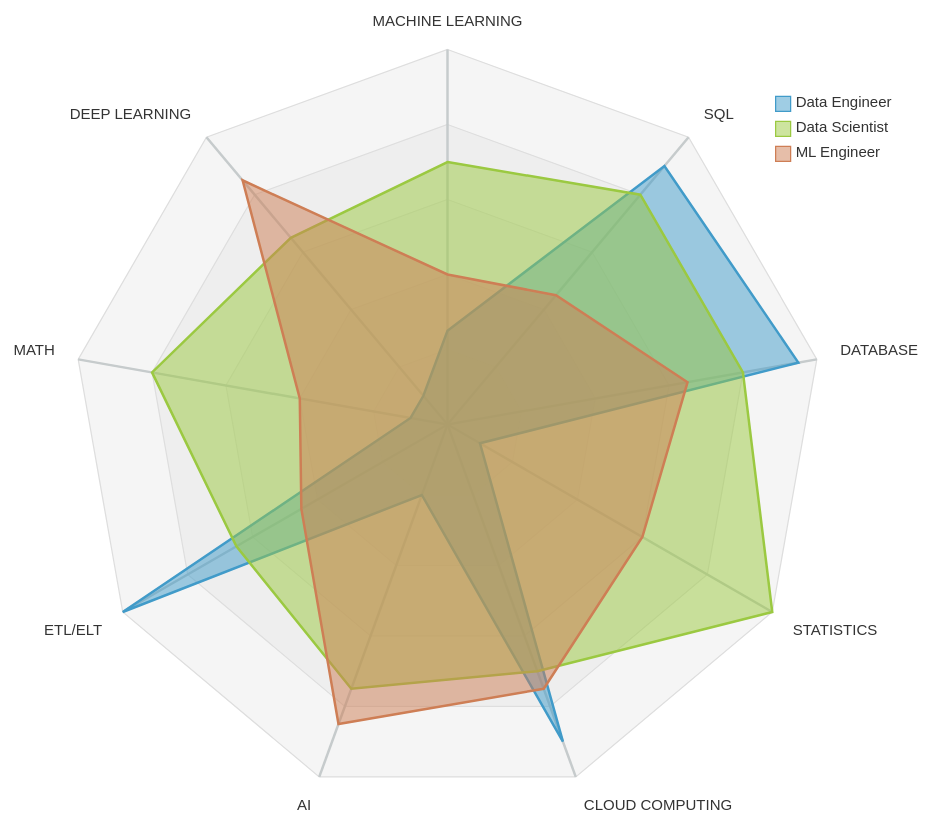
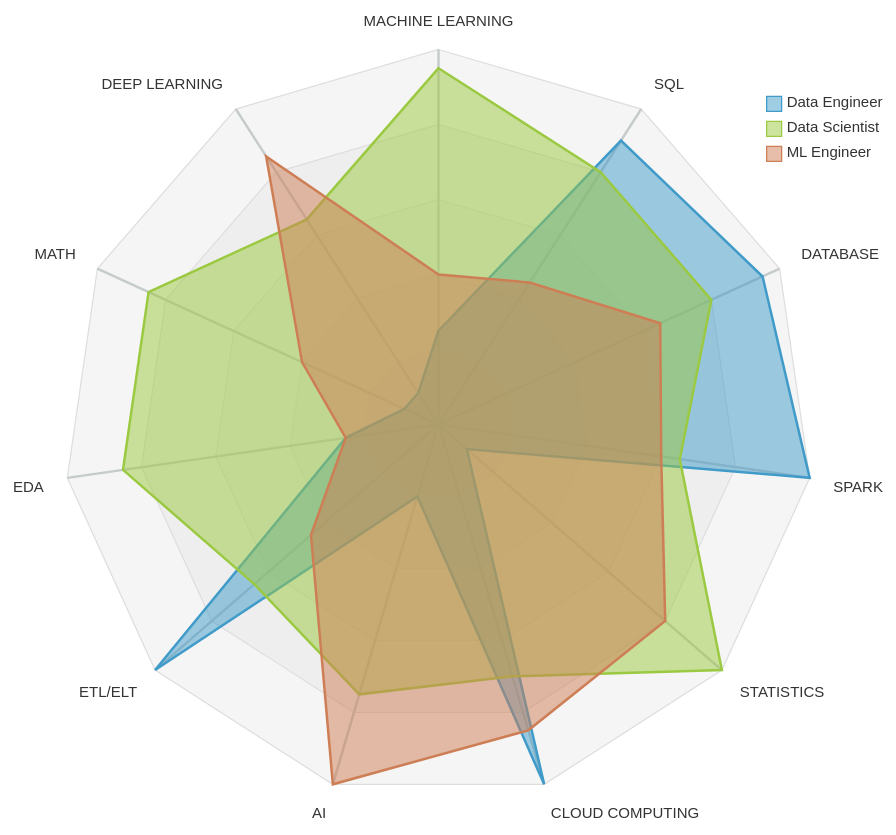
Before and after one commit to paranedagarcia/ciencia-de-datos: the third of 6 diagrams in docs/intro.md, drawn with Mermaid. The commit also changed other lines of this file and 17 other files, not shown here.

````diff
--- a/docs/intro.md
+++ b/docs/intro.md
@@ -102,25 +102,25 @@
 ```mermaid
 %%{init: {'theme': 'base', 
     'themeVariables':{
         'primaryColor': '#A4CFE5',
         'lineColor': '#C6CBCC'
         }
     }
 }%%
 ---
 title: "Tools & Knowlegdes"
 ---
 radar-beta
-  axis m["MACHINE LEARNING"], s["SQL"], e["DATABASE"]
+  axis m["MACHINE LEARNING"], s["SQL"], e["DATABASE"], s["SPARK"]
   axis t["STATISTICS"], c["CLOUD COMPUTING"], a["AI"]
-  axis etl["ETL/ELT"], h["MATH"], d["DEEP LEARNING"]
+  axis etl["ETL/ELT"], eda["EDA"], h["MATH"], d["DEEP LEARNING"]
 
-  curve a["Data Engineer"]{25, 90, 95, 10, 90, 20, 100, 10,10}
-  curve b["Data Scientist"]{70, 80, 80, 100, 70, 75, 65, 80, 65}
-  curve b["ML Engineer"]{40, 45, 65, 60, 75, 85, 45, 40, 85}
+   curve a["Data Engineer"]{25, 90, 95, 100, 10, 100, 20, 100, 25, 10,10}
+  curve b["Data Scientist"]{95, 80, 80, 65, 100, 70, 75, 65, 85, 85, 65}
+     curve b["ML Engineer"]{40, 45, 65, 60, 80, 85, 100, 45, 25, 40, 85}
 
   graticule polygon
   max 100
   min 0
 
 ```
````
